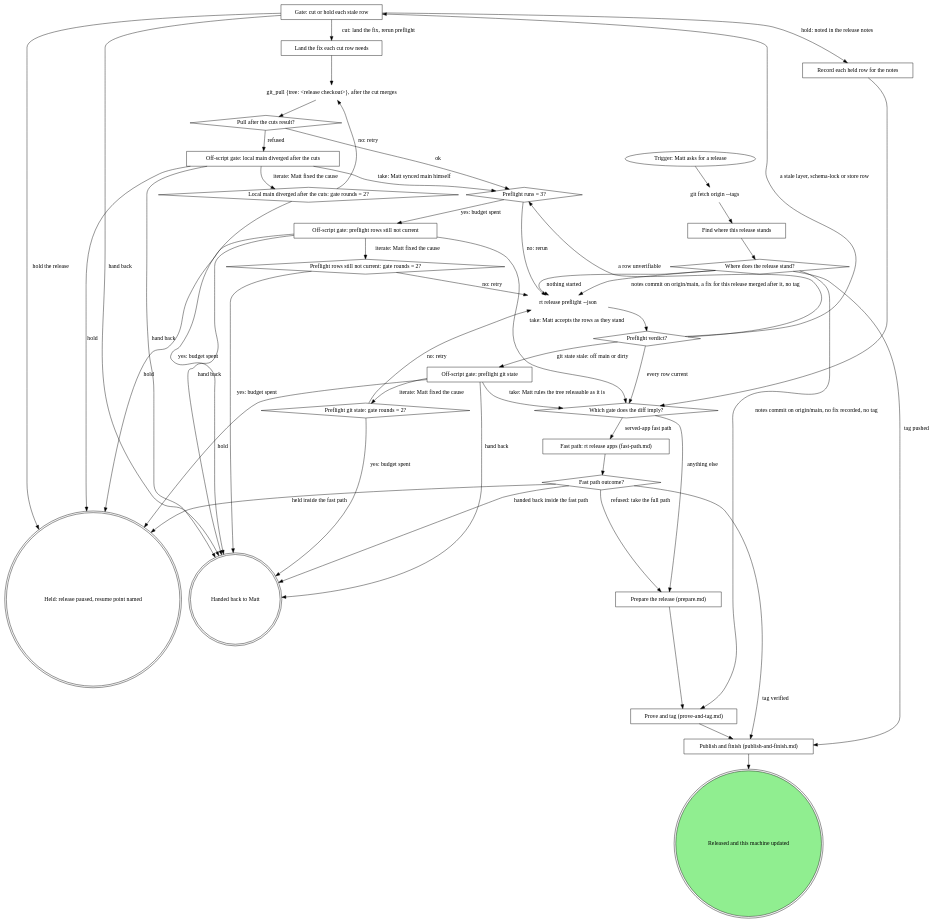
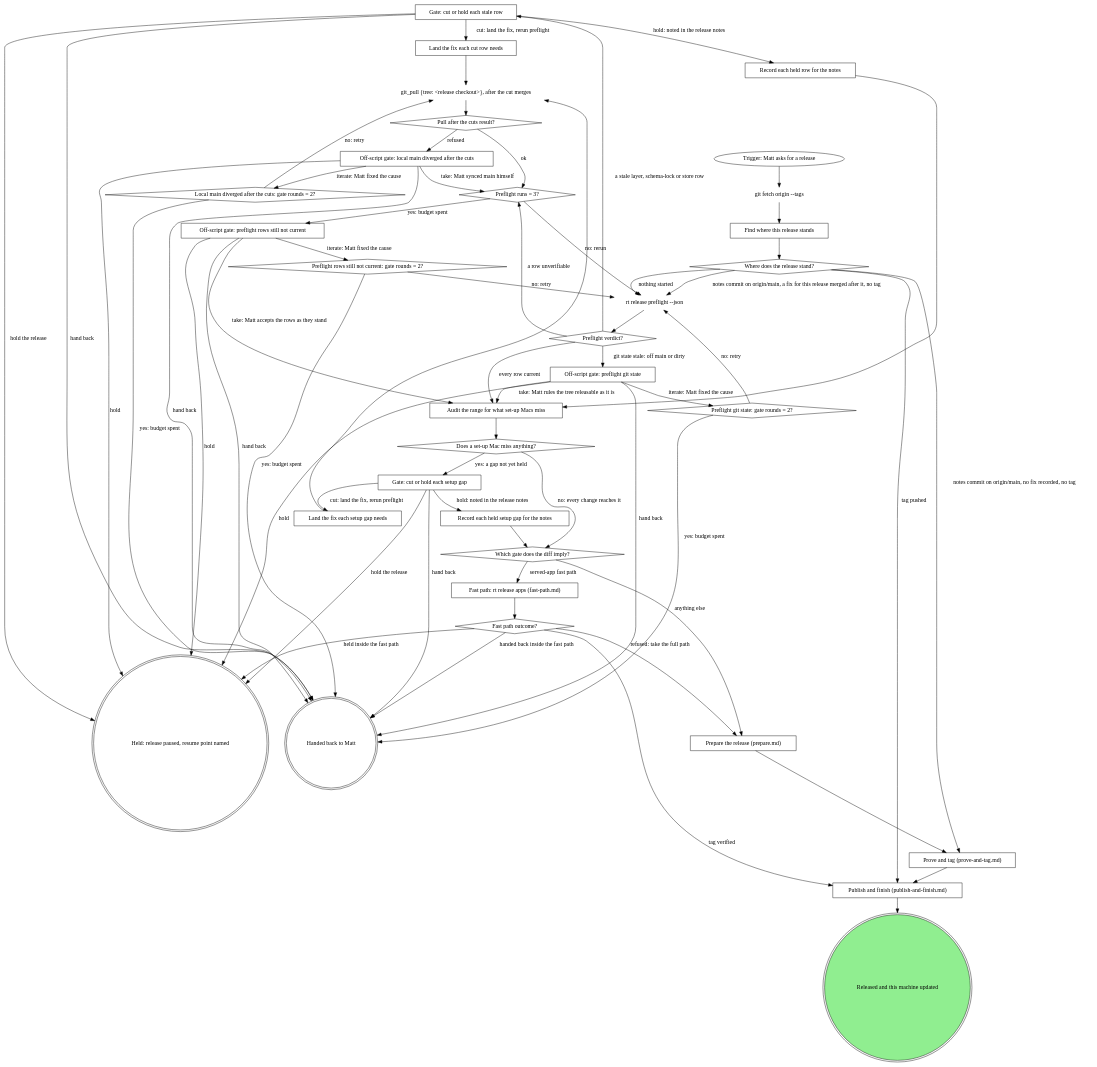
Before and after one commit to m4ttstack/mattstack: the diagram in skills/rt-release/SKILL.md, drawn with Graphviz. The commit also changed other lines of this file and 1 other file, not shown here.

Commit message:
rt:release: audit the range for what set-up Macs miss before choosing the path

```diff
--- a/skills/rt-release/SKILL.md
+++ b/skills/rt-release/SKILL.md
@@ -42,6 +42,11 @@
     "Gate: cut or hold each stale row" [shape=box];
     "Land the fix each cut row needs" [shape=box];
     "Record each held row for the notes" [shape=box];
+    "Audit the range for what set-up Macs miss" [shape=box];
+    "Does a set-up Mac miss anything?" [shape=diamond];
+    "Gate: cut or hold each setup gap" [shape=box];
+    "Land the fix each setup gap needs" [shape=box];
+    "Record each held setup gap for the notes" [shape=box];
     "Which gate does the diff imply?" [shape=diamond];
     "Fast path: rt release apps (fast-path.md)" [shape=box];
     "Fast path outcome?" [shape=diamond];
@@ -65,8 +70,8 @@
     "Where does the release stand?" -> "rt release preflight --json" [label="notes commit on origin/main, a fix for this release merged after it, no tag"];
     "Where does the release stand?" -> "Publish and finish (publish-and-finish.md)" [label="tag pushed"];
     "rt release preflight --json" -> "Preflight verdict?";
-    "Preflight verdict?" -> "Which gate does the diff imply?" [label="every row current"];
-    "Off-script gate: preflight git state" -> "Which gate does the diff imply?" [label="take: Matt rules the tree releasable as it is"];
+    "Preflight verdict?" -> "Audit the range for what set-up Macs miss" [label="every row current"];
+    "Off-script gate: preflight git state" -> "Audit the range for what set-up Macs miss" [label="take: Matt rules the tree releasable as it is"];
     "Off-script gate: preflight git state" -> "Preflight git state: gate rounds = 2?" [label="iterate: Matt fixed the cause"];
     "Off-script gate: preflight git state" -> "Held: release paused, resume point named" [label="hold"];
     "Off-script gate: preflight git state" -> "Handed back to Matt" [label="hand back"];
@@ -76,7 +81,7 @@
     "Preflight verdict?" -> "Preflight runs = 3?" [label="a row unverifiable"];
     "Preflight verdict?" -> "Gate: cut or hold each stale row" [label="a stale layer, schema-lock or store row"];
     "Preflight runs = 3?" -> "rt release preflight --json" [label="no: rerun"];
-    "Off-script gate: preflight rows still not current" -> "Which gate does the diff imply?" [label="take: Matt accepts the rows as they stand"];
+    "Off-script gate: preflight rows still not current" -> "Audit the range for what set-up Macs miss" [label="take: Matt accepts the rows as they stand"];
     "Off-script gate: preflight rows still not current" -> "Preflight rows still not current: gate rounds = 2?" [label="iterate: Matt fixed the cause"];
     "Off-script gate: preflight rows still not current" -> "Held: release paused, resume point named" [label="hold"];
     "Off-script gate: preflight rows still not current" -> "Handed back to Matt" [label="hand back"];
@@ -97,7 +102,16 @@
     "Local main diverged after the cuts: gate rounds = 2?" -> "git_pull {tree: <release checkout>}, after the cut merges" [label="no: retry"];
     "Local main diverged after the cuts: gate rounds = 2?" -> "Handed back to Matt" [label="yes: budget spent"];
     "Pull after the cuts result?" -> "Off-script gate: local main diverged after the cuts" [label="refused"];
-    "Record each held row for the notes" -> "Which gate does the diff imply?";
+    "Record each held row for the notes" -> "Audit the range for what set-up Macs miss";
+    "Audit the range for what set-up Macs miss" -> "Does a set-up Mac miss anything?";
+    "Does a set-up Mac miss anything?" -> "Which gate does the diff imply?" [label="no: every change reaches it"];
+    "Does a set-up Mac miss anything?" -> "Gate: cut or hold each setup gap" [label="yes: a gap not yet held"];
+    "Gate: cut or hold each setup gap" -> "Land the fix each setup gap needs" [label="cut: land the fix, rerun preflight"];
+    "Gate: cut or hold each setup gap" -> "Record each held setup gap for the notes" [label="hold: noted in the release notes"];
+    "Gate: cut or hold each setup gap" -> "Held: release paused, resume point named" [label="hold the release"];
+    "Gate: cut or hold each setup gap" -> "Handed back to Matt" [label="hand back"];
+    "Land the fix each setup gap needs" -> "git_pull {tree: <release checkout>}, after the cut merges";
+    "Record each held setup gap for the notes" -> "Which gate does the diff imply?";
     "Which gate does the diff imply?" -> "Fast path: rt release apps (fast-path.md)" [label="served-app fast path"];
     "Which gate does the diff imply?" -> "Prepare the release (prepare.md)" [label="anything else"];
     "Fast path: rt release apps (fast-path.md)" -> "Fast path outcome?";
```
